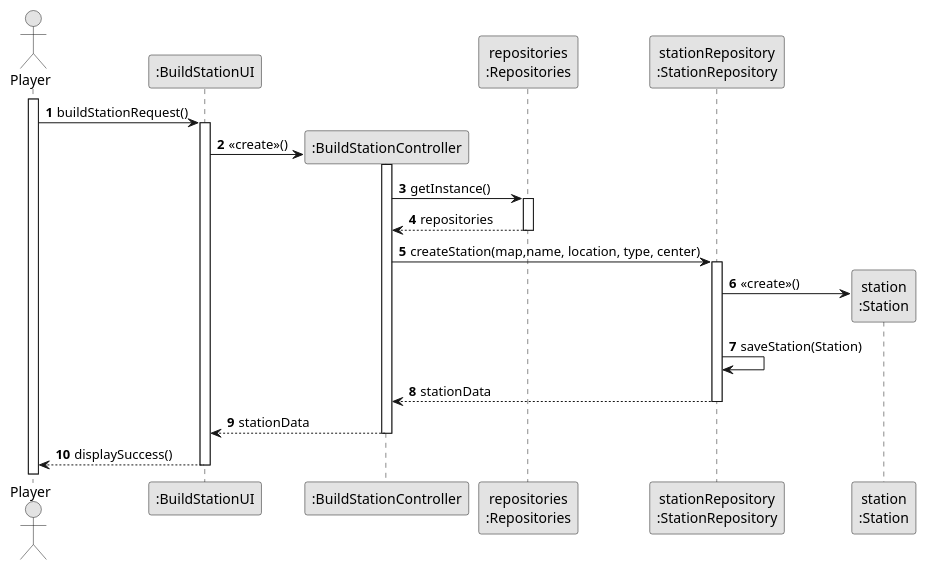
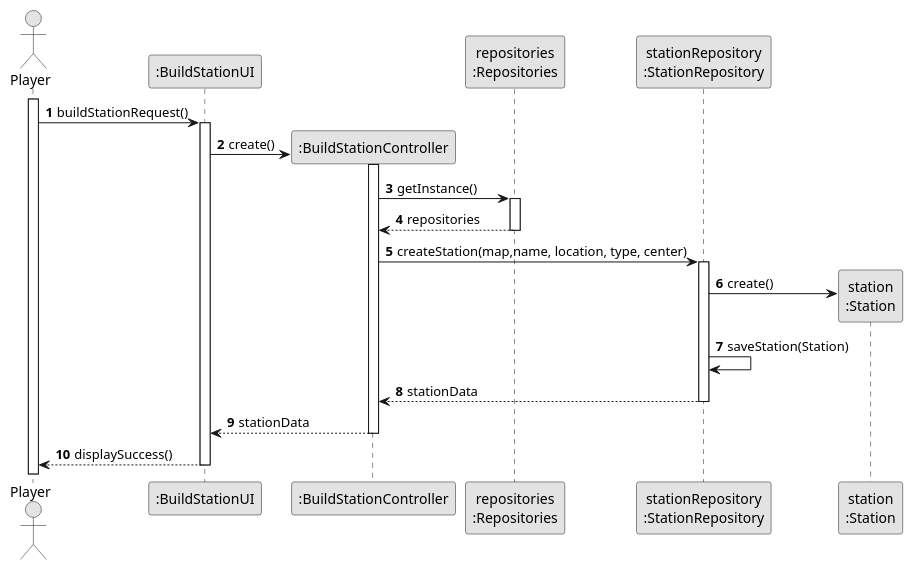
The diagram in docs/system-documentation/US005/03.design/puml/US005-SD-createAndSuccess.puml (goncalolopesp/sem2-pi-24.25-g093-repo), drawn with PlantUML before and after one commit. The commit also changed 8 other files, not shown here.

Commit message:
US3 (Unit Tests) - Added the Unit Tests of CreateCityController

```diff
--- a/docs/system-documentation/US005/03.design/puml/US005-SD-createAndSuccess.puml
+++ b/docs/system-documentation/US005/03.design/puml/US005-SD-createAndSuccess.puml
@@ -1,38 +1,38 @@
 @startuml US005-SD-createAndSuccess
 skinparam monochrome true
 skinparam packageStyle rectangle
 skinparam shadowing false
 
 autonumber
 
 actor "Player" as Player
 participant ":BuildStationUI" as BuildUI
 
 activate Player
 Player -> BuildUI : buildStationRequest()
 activate BuildUI
 create ":BuildStationController" as BuildController
-BuildUI -> BuildController : «create»()
+BuildUI -> BuildController : create()
 activate BuildController
 participant "repositories\n:Repositories" as Repositories
 participant "stationRepository\n:StationRepository" as StationRepo
 
 BuildController -> Repositories : getInstance()
 activate Repositories
 Repositories --> BuildController : repositories
 deactivate Repositories
 BuildController -> StationRepo : createStation(map,name, location, type, center)
 activate StationRepo
 
 create "station\n:Station" as Station
-StationRepo -> Station         : «create»()
+StationRepo -> Station         : create()
 StationRepo -> StationRepo     : saveStation(Station)
 StationRepo --> BuildController : stationData
 deactivate StationRepo
 
 BuildController --> BuildUI : stationData
 deactivate BuildController
 
 BuildUI --> Player : displaySuccess()
 deactivate BuildUI
 @enduml
```
